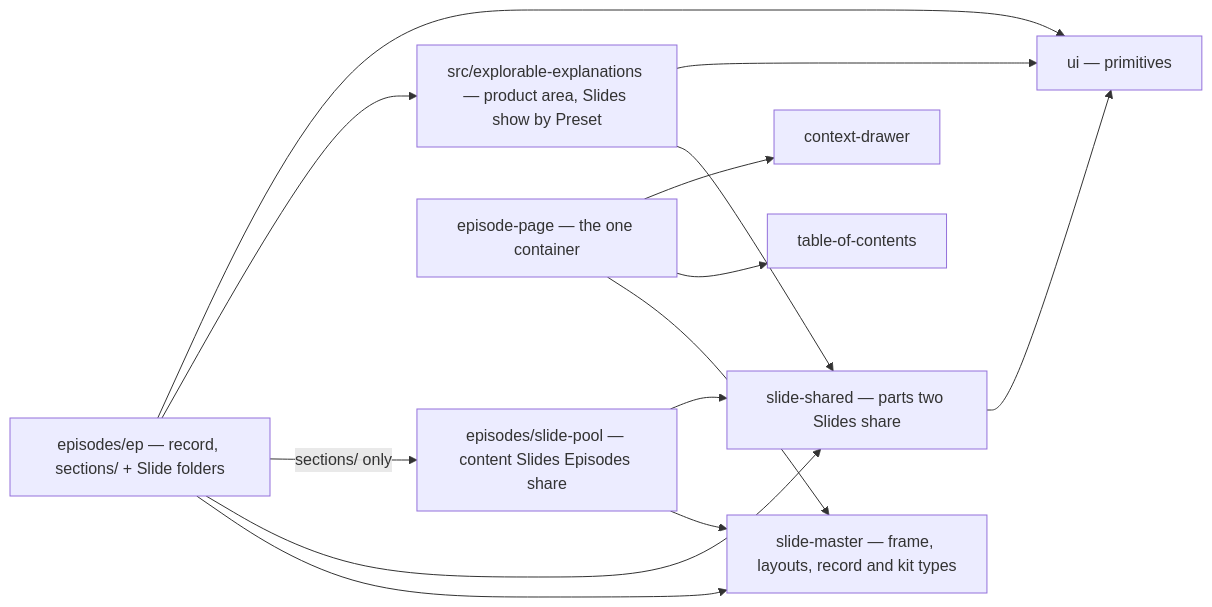
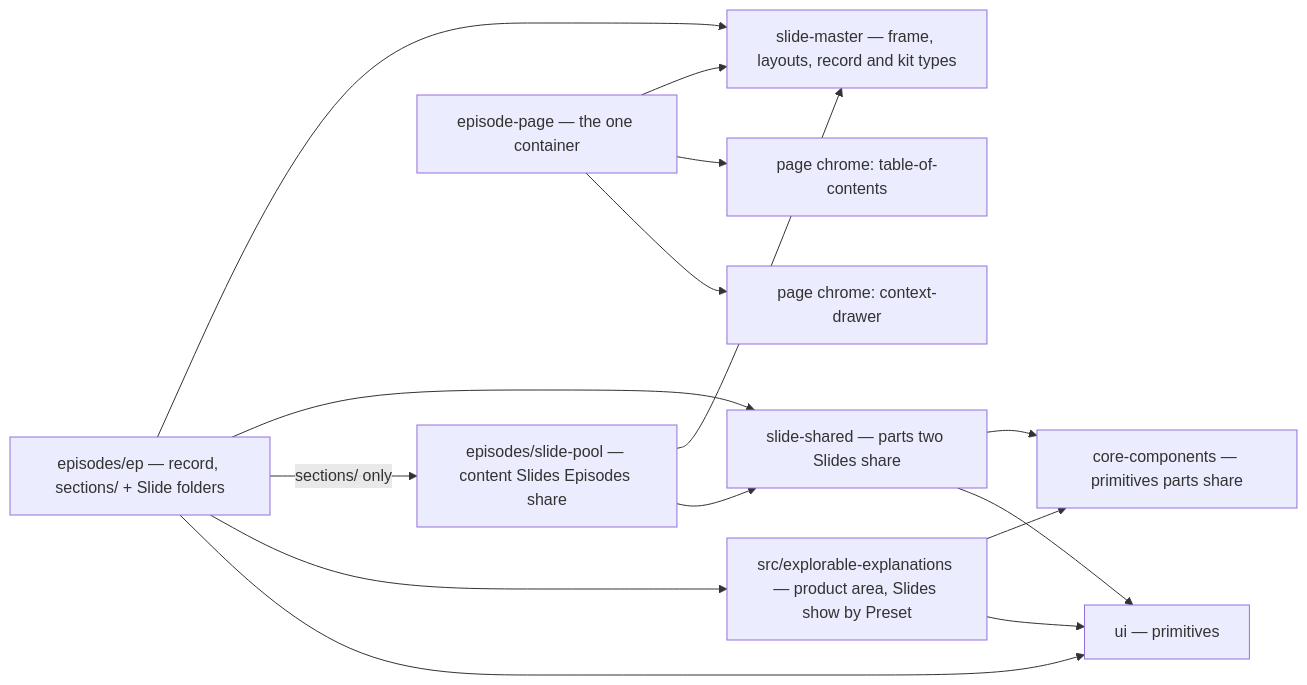
Before and after one commit to hancrafted/content-library: the second of 5 diagrams in .archgate/adrs/FE-004-slide-architecture.md, drawn with Mermaid. The commit also changed other lines of this file and 613 other files, not shown here.

````diff
--- a/.archgate/adrs/FE-004-slide-architecture.md
+++ b/.archgate/adrs/FE-004-slide-architecture.md
@@ -40,16 +42,17 @@
 ```mermaid
 flowchart LR
   ep["episodes/ep — record, sections/ + Slide folders"] --> master["slide-master — frame, layouts, record and kit types"]
   ep --> shared["slide-shared — parts two Slides share"]
   ep -- "sections/ only" --> pool["episodes/slide-pool — content Slides Episodes share"]
   pool --> master
   pool --> shared
   ep --> explain["src/explorable-explanations — product area, Slides show by Preset"]
-  explain --> shared
+  explain --> core["core-components — primitives parts share"]
   explain --> ui
+  shared --> core
   ep --> ui["ui — primitives"]
   shared --> ui
   container["episode-page — the one container"] --> master
-  container --> toc["table-of-contents"]
-  container --> drawer["context-drawer"]
+  container --> toc["page chrome: table-of-contents"]
+  container --> drawer["page chrome: context-drawer"]
 ```
````
